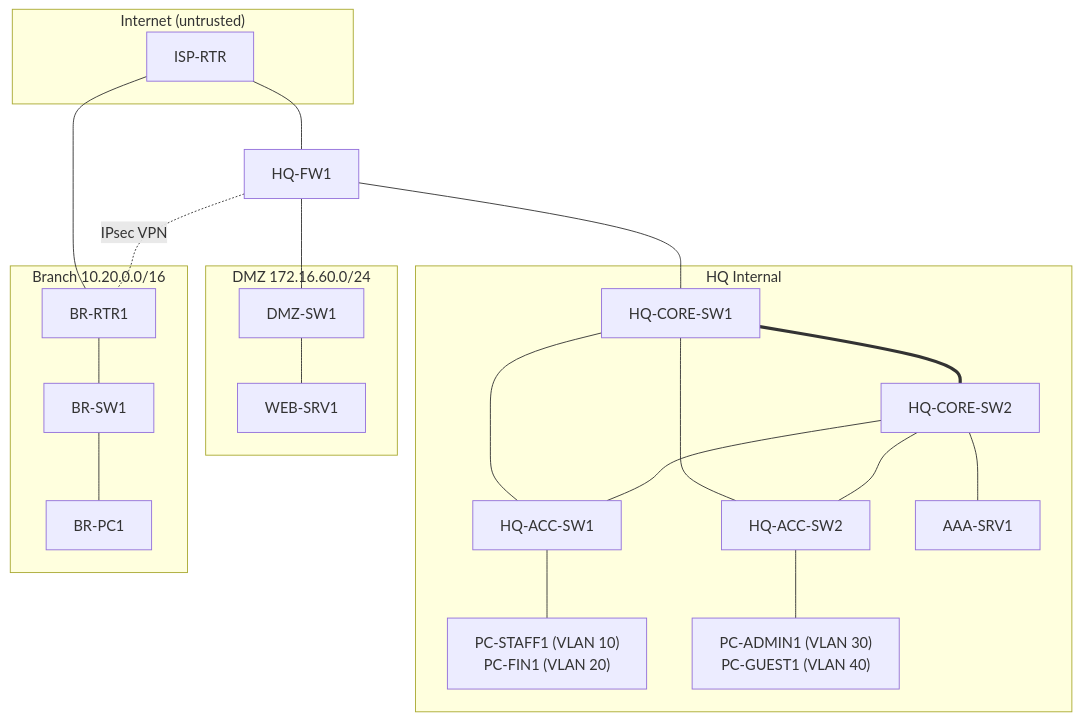
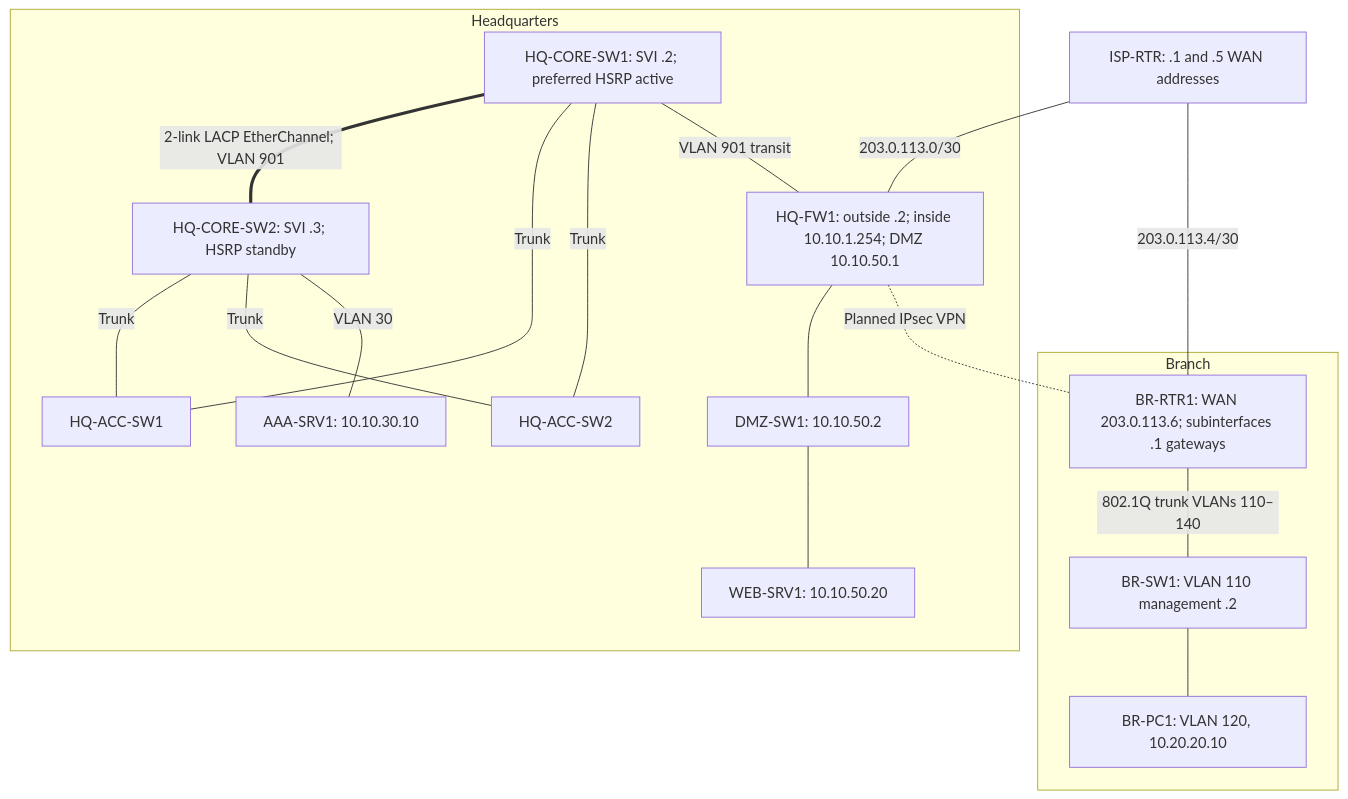
One commit to Ayomide-Akano/Secure-Enterprise-Network-Lab changed the diagram in docs/network-design.md. Above: the diagram before and after it, drawn with Mermaid. The commit also changed other lines of this file, not shown here.

Commit message:
Reconcile architecture, VLANs, cabling, and routing

````diff
--- a/docs/network-design.md
+++ b/docs/network-design.md
@@ -122,34 +76,32 @@
-```mermaid
+~~~mermaid
 flowchart TB
-  subgraph INET["Internet (untrusted)"]
-    ISP[ISP-RTR]
+  ISP["ISP-RTR: .1 and .5 WAN addresses"]
+  subgraph HQ["Headquarters"]
+    FW["HQ-FW1: outside .2; inside 10.10.1.254; DMZ 10.10.50.1"]
+    C1["HQ-CORE-SW1: SVI .2; preferred HSRP active"]
+    C2["HQ-CORE-SW2: SVI .3; HSRP standby"]
+    A1["HQ-ACC-SW1"]
+    A2["HQ-ACC-SW2"]
+    DSW["DMZ-SW1: 10.10.50.2"]
+    WEB["WEB-SRV1: 10.10.50.20"]
+    AAA["AAA-SRV1: 10.10.30.10"]
+    C1 ===|"2-link LACP EtherChannel; VLAN 901"| C2
+    C1 ---|"Trunk"| A1
+    C1 ---|"Trunk"| A2
+    C2 ---|"Trunk"| A1
+    C2 ---|"Trunk"| A2
+    C1 ---|"VLAN 901 transit"| FW
+    FW --- DSW --- WEB
+    C2 ---|"VLAN 30"| AAA
   end
-
-  subgraph DMZ["DMZ 172.16.60.0/24"]
-    DSW[DMZ-SW1] --- WEB[WEB-SRV1]
+  subgraph BRANCH["Branch"]
+    BRR["BR-RTR1: WAN 203.0.113.6; subinterfaces .1 gateways"]
+    BSW["BR-SW1: VLAN 110 management .2"]
+    BPC["BR-PC1: VLAN 120, 10.20.20.10"]
+    BRR ---|"802.1Q trunk VLANs 110–140"| BSW
+    BSW --- BPC
   end
-
-  subgraph HQ["HQ Internal"]
-    C1[HQ-CORE-SW1] === C2[HQ-CORE-SW2]
-    A1[HQ-ACC-SW1]
-    A2[HQ-ACC-SW2]
-    C1 --- A1
-    C1 --- A2
-    C2 --- A1
-    C2 --- A2
-    C2 --- AAA[AAA-SRV1]
-    A1 --- P1["PC-STAFF1 (VLAN 10)<br/>PC-FIN1 (VLAN 20)"]
-    A2 --- P2["PC-ADMIN1 (VLAN 30)<br/>PC-GUEST1 (VLAN 40)"]
-  end
-
-  subgraph BR["Branch 10.20.0.0/16"]
-    BRR[BR-RTR1] --- BSW[BR-SW1] --- BPC[BR-PC1]
-  end
-
-  FW[HQ-FW1]
-  ISP --- FW
-  FW --- DSW
-  FW --- C1
-  ISP --- BRR
-  FW -. "IPsec VPN" .- BRR
-```
+  ISP ---|"203.0.113.0/30"| FW
+  ISP ---|"203.0.113.4/30"| BRR
+  FW -. "Planned IPsec VPN" .- BRR
+~~~
````
